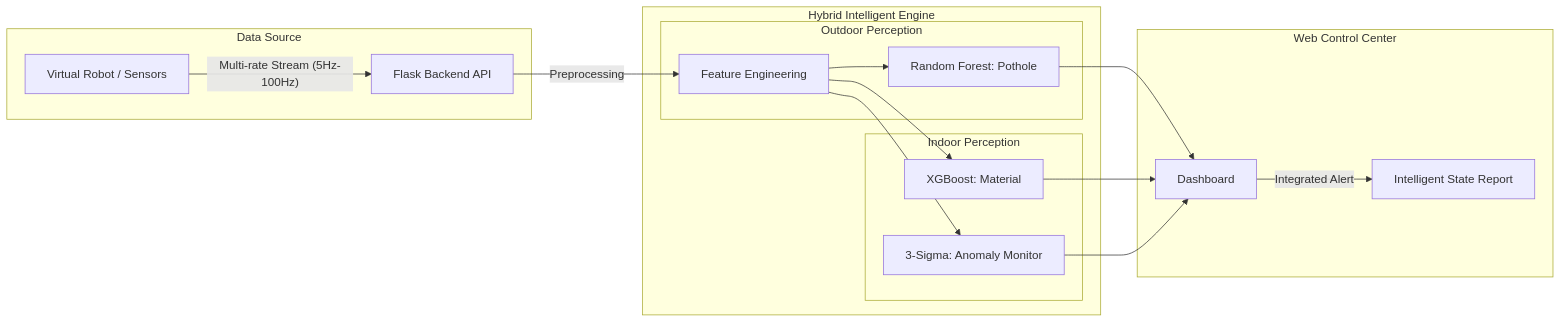
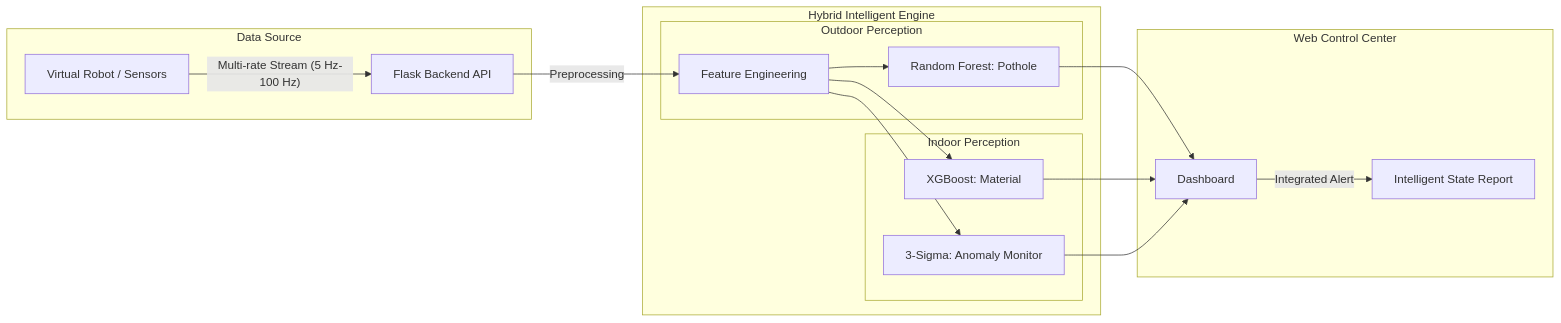
Before and after one commit to RTAI1TEAM/Surface-Perception-System: the diagram in project_report_final.md, drawn with Mermaid. The commit also changed other lines of this file and 5 other files, not shown here.

````diff
--- a/project_report_final.md
+++ b/project_report_final.md
@@ -55,26 +55,26 @@
 ```mermaid
 graph LR
     subgraph "Data Source"
-        S[Virtual Robot / Sensors] -- "Multi-rate Stream (5Hz-100Hz)" --> API[Flask Backend API]
+        S[Virtual Robot / Sensors] -- "Multi-rate Stream (5 Hz-100 Hz)" --> API[Flask Backend API]
     end
 
     subgraph "Hybrid Intelligent Engine"
         API -- "Preprocessing" --> PRE[Feature Engineering]
         
         subgraph "Outdoor Perception"
             PRE --> ML_OUT[Random Forest: Pothole]
         end
         
         subgraph "Indoor Perception"
             PRE --> ML_IN[XGBoost: Material]
             PRE --> STAT[3-Sigma: Anomaly Monitor]
         end
     end
 
     subgraph "Web Control Center"
         ML_OUT --> DB[Dashboard]
         ML_IN --> DB
         STAT --> DB
         DB -- "Integrated Alert" --> ALM[Intelligent State Report]
     end
 ```
````
